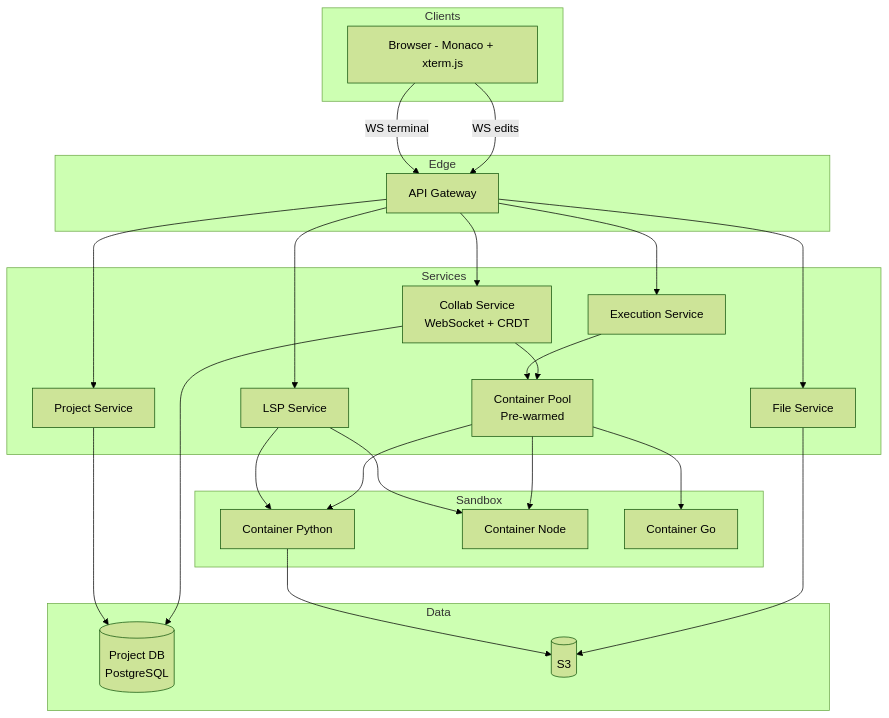
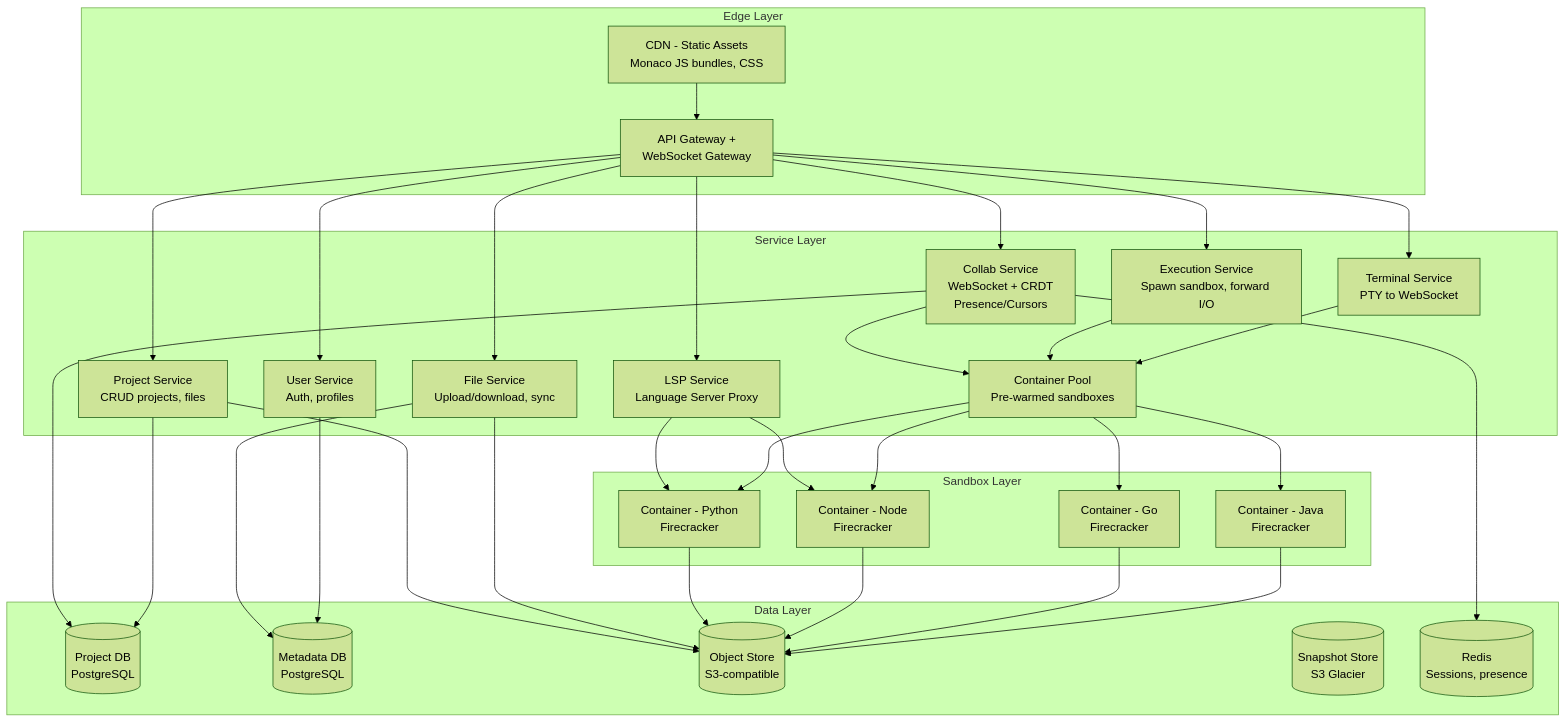
Before and after one commit to abhishekghoshh/system-design-helper: the first of 18 diagrams in docs/system-design/high-level/designing/advanced/online-code-editor.md, drawn with Mermaid (forest theme). The commit also changed other lines of this file and 107 other files, not shown here.

````diff
--- a/docs/system-design/high-level/designing/advanced/online-code-editor.md
+++ b/docs/system-design/high-level/designing/advanced/online-code-editor.md
@@ -297,44 +107,62 @@
 ```mermaid
 graph TD
-  subgraph Clients
-    Web[Browser - Monaco + xterm.js]
-  end
-  subgraph Edge
-    APIGW[API Gateway]
-  end
-  subgraph Services
-    CollabSvc[Collab Service<br/>WebSocket + CRDT]
-    ProjSvc[Project Service]
-    ExecSvc[Execution Service]
-    LSPSvc[LSP Service]
-    FileSvc[File Service]
-    Pool[Container Pool<br/>Pre-warmed]
-  end
-  subgraph Data
-    ProjDB[(Project DB<br/>PostgreSQL)]
-    FileStore[(S3)]
-  end
-  subgraph Sandbox
-    ContainerA[Container Python]
-    ContainerB[Container Node]
-    ContainerC[Container Go]
-  end
-  Web -->|WS edits| APIGW
-  Web -->|WS terminal| APIGW
-  APIGW --> CollabSvc
-  CollabSvc --> Pool
-  CollabSvc --> ProjDB
-  APIGW --> ExecSvc
-  APIGW --> ProjSvc
-  APIGW --> FileSvc
-  APIGW --> LSPSvc
-  ExecSvc --> Pool
-  Pool --> ContainerA
-  Pool --> ContainerB
-  Pool --> ContainerC
-  ProjSvc --> ProjDB
-  FileSvc --> FileStore
-  LSPSvc --> ContainerA
-  LSPSvc --> ContainerB
-  ContainerA --> FileStore
+    subgraph Edge["Edge Layer"]
+        CDN[CDN - Static Assets<br/>Monaco JS bundles, CSS]
+        GW[API Gateway +<br/>WebSocket Gateway]
+    end
+    subgraph Services["Service Layer"]
+        CollabSvc[Collab Service<br/>WebSocket + CRDT<br/>Presence/Cursors]
+        ProjSvc[Project Service<br/>CRUD projects, files]
+        ExecSvc[Execution Service<br/>Spawn sandbox, forward I/O]
+        LSPSvc[LSP Service<br/>Language Server Proxy]
+        FileSvc[File Service<br/>Upload/download, sync]
+        PoolSvc[Container Pool<br/>Pre-warmed sandboxes]
+        TermSvc[Terminal Service<br/>PTY to WebSocket]
+        UserSvc[User Service<br/>Auth, profiles]
+    end
+    subgraph Data["Data Layer"]
+        ProjDB[(Project DB<br/>PostgreSQL)]
+        MetaDB[(Metadata DB<br/>PostgreSQL)]
+        FileStore[(Object Store<br/>S3-compatible)]
+        SnapStore[(Snapshot Store<br/>S3 Glacier)]
+        KV[(Redis<br/>Sessions, presence)]
+    end
+    subgraph Sandbox["Sandbox Layer"]
+        C1[Container - Python<br/>Firecracker]
+        C2[Container - Node<br/>Firecracker]
+        C3[Container - Go<br/>Firecracker]
+        C4[Container - Java<br/>Firecracker]
+    end
+
+    CDN --> GW
+    GW --> CollabSvc
+    GW --> UserSvc
+    GW --> ProjSvc
+    GW --> ExecSvc
+    GW --> LSPSvc
+    GW --> FileSvc
+    GW --> TermSvc
+
+    CollabSvc --> KV
+    CollabSvc --> ProjDB
+    CollabSvc --> PoolSvc
+    ProjSvc --> ProjDB
+    ProjSvc --> FileStore
+    ExecSvc --> PoolSvc
+    LSPSvc --> C1
+    LSPSvc --> C2
+    FileSvc --> FileStore
+    FileSvc --> MetaDB
+    TermSvc --> PoolSvc
+    UserSvc --> MetaDB
+
+    PoolSvc --> C1
+    PoolSvc --> C2
+    PoolSvc --> C3
+    PoolSvc --> C4
+
+    C1 --> FileStore
+    C2 --> FileStore
+    C3 --> FileStore
+    C4 --> FileStore
 ```
````
